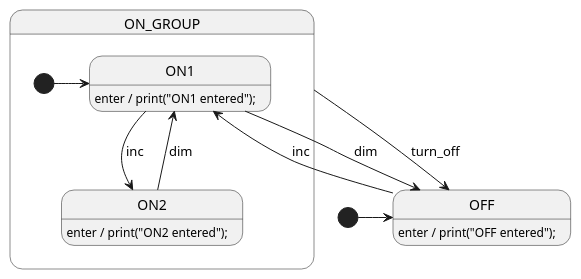
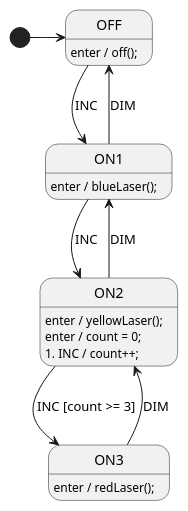
One commit to StateSmith/tutorial-3 changed the eighth of 11 diagrams in flashlight/README.md. Above: the diagram before and after it, drawn with PlantUML. The commit also changed other lines of this file and 9 other files, not shown here.

````diff
--- a/flashlight/README.md
+++ b/flashlight/README.md
@@ -52,43 +239,36 @@
 ```plantuml
 @startuml LightSm
 
-'//////////////////// STATE ORGANIZATION ////////////////////
-' Note: StateSmith treats state names and events as case insensitive.
-' More info: https://github.com/StateSmith/StateSmith/wiki/PlantUML
+' STATES
+state OFF
+state ON1
+state ON2
+state ON3
 
+' STATE HANDLERS
 [*] -> OFF
 
-state ON_GROUP {
-    [*] -> ON1
-    state ON1
-    state ON2
-}
+OFF: enter / off();
+OFF --> ON1: INC
 
-'//////////////////// STATE HANDLERS ////////////////////
+ON1: enter / blueLaser();
+ON1 --> ON2: INC
+ON1 --> OFF: DIM
 
-'OFF
-OFF: enter / print("OFF entered");
-OFF --> ON1 : inc
+ON2: enter / yellowLaser();
+ON2: enter / count = 0;
+ON2: 1. INC / count++;
+ON2 --> ON3: INC [count >= 3]
+ON2 --> ON1: DIM
 
-'ON_GROUP
-ON_GROUP --> OFF: turn_off
+ON3: enter / redLaser();
+ON3 --> ON2: DIM
 
-'ON1
-ON1: enter / print("ON1 entered");
-ON1 --> ON2 : inc
-ON1 --> OFF : dim
-
-'ON2
-ON2: enter / print("ON2 entered");
-ON2 --> ON1 : dim
-
-'######################## StateSmith config ########################
 /'! $CONFIG : toml
-[SmRunnerSettings]
-transpilerId = "JavaScript"
-
-[SmRunnerSettings.simulation]
-enableGeneration = false
+RenderConfig.AutoExpandedVars = """
+    count: 0,
+    """
+SmRunnerSettings.transpilerId = "JavaScript"
 '/
 @enduml
 ```
````
